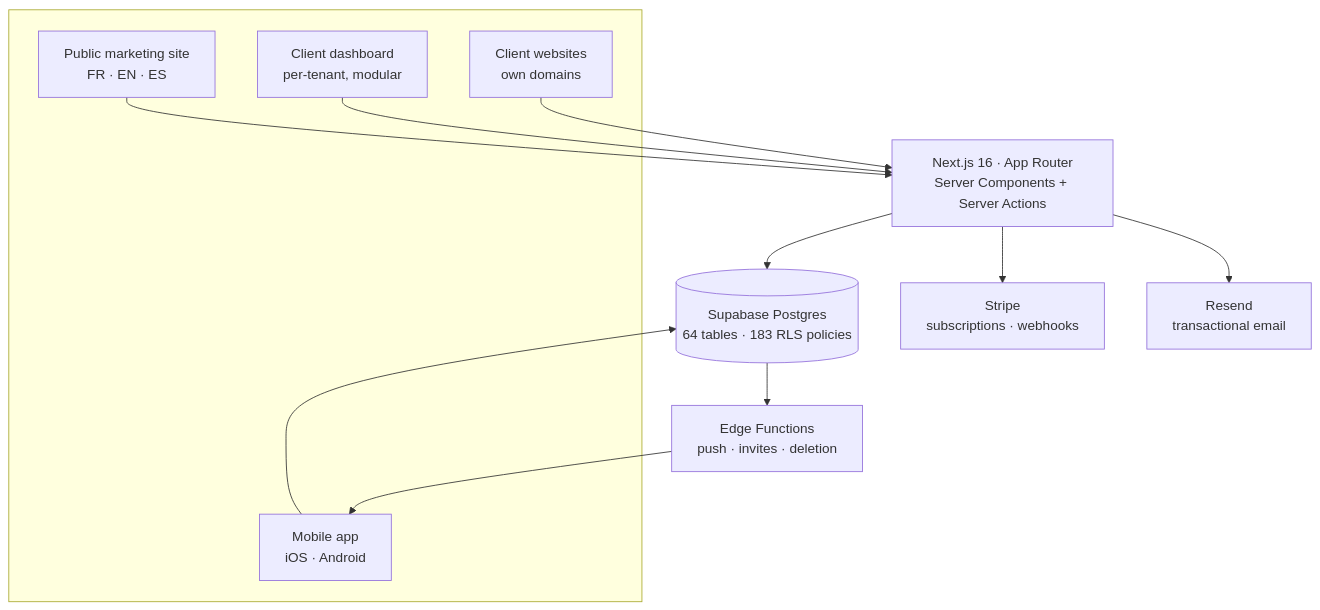
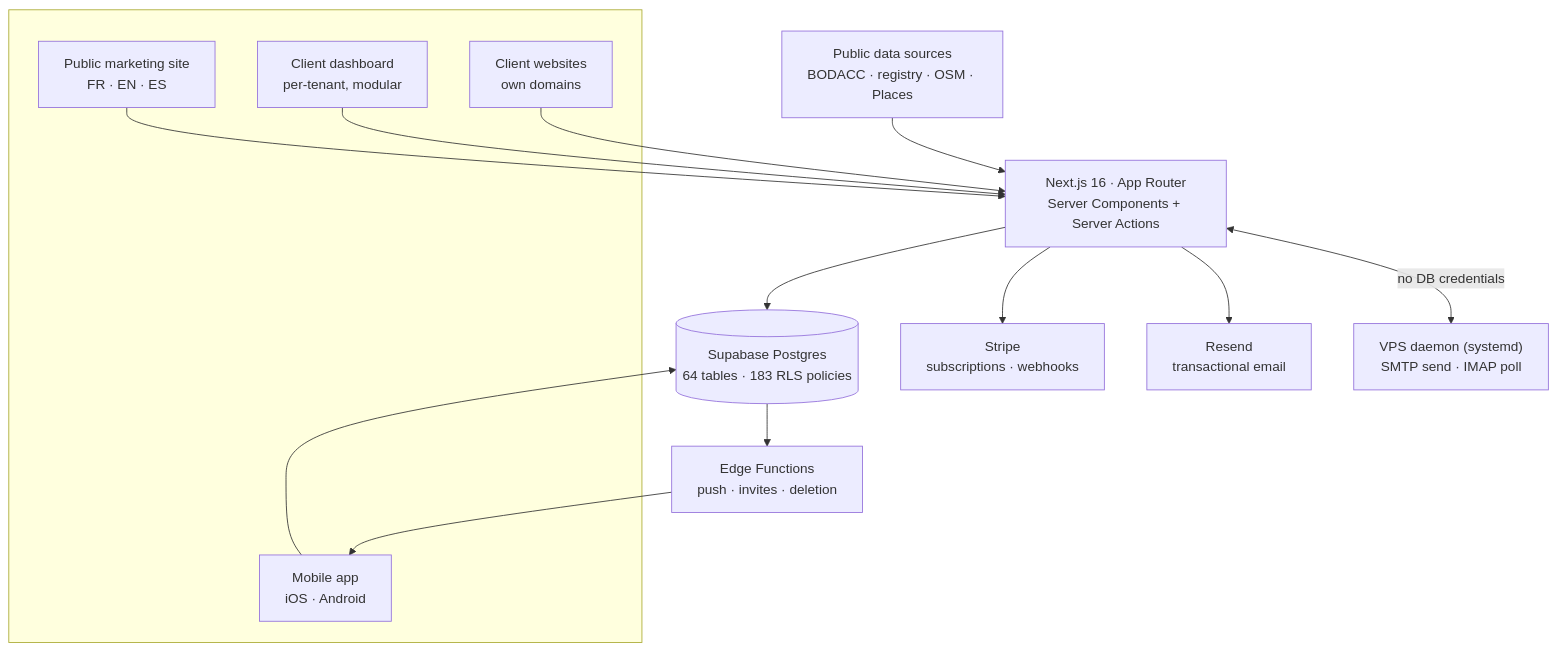
The diagram in README.md (raphlp/rlcore), drawn with Mermaid before and after one commit. The commit also changed other lines of this file and 1 other file, not shown here.

Commit message:
Add the growth engine: pipeline, VPS daemon, deliverability guardrails

````diff
--- a/README.md
+++ b/README.md
@@ -43,21 +44,24 @@
 ```mermaid
 flowchart TB
     subgraph clients [" "]
         A["Public marketing site<br/>FR · EN · ES"]
         B["Client dashboard<br/>per-tenant, modular"]
         C["Client websites<br/>own domains"]
         D["Mobile app<br/>iOS · Android"]
     end
 
     A --> N["Next.js 16 · App Router<br/>Server Components + Server Actions"]
     B --> N
     C --> N
     D --> S
 
     N --> S[("Supabase Postgres<br/>64 tables · 183 RLS policies")]
     N --> ST["Stripe<br/>subscriptions · webhooks"]
     N --> RS["Resend<br/>transactional email"]
 
     S --> EF["Edge Functions<br/>push · invites · deletion"]
     EF --> D
+
+    N <-->|"no DB credentials"| V["VPS daemon (systemd)<br/>SMTP send · IMAP poll"]
+    G["Public data sources<br/>BODACC · registry · OSM · Places"] --> N
 ```
````
